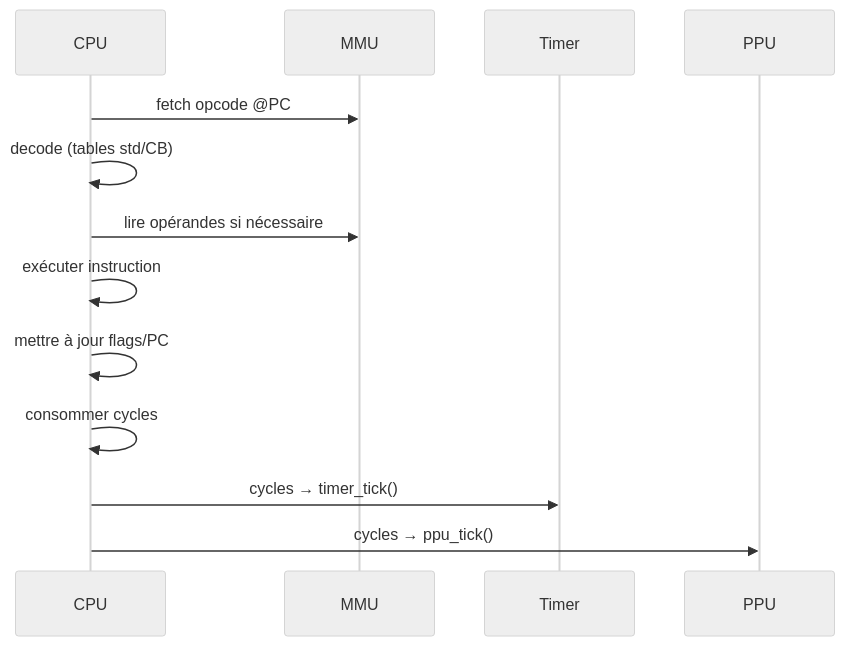
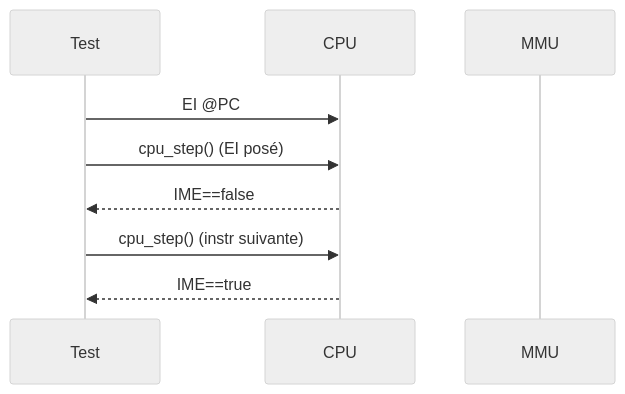
Before and after one commit to EmmanuelAsfar/CameBoy: the third of 3 diagrams in docs/specs/cpu.md, drawn with Mermaid (neutral theme). The commit also changed other lines of this file and 2 other files, not shown here.

Commit message:
PPU et CPU

````diff
--- a/docs/specs/cpu.md
+++ b/docs/specs/cpu.md
@@ -61,16 +91,11 @@
 ```mermaid
 sequenceDiagram
-    participant CPU
-    participant MMU
-    participant Timer
-    participant PPU
-    
-    CPU->>MMU: fetch opcode @PC
-    CPU->>CPU: decode (tables std/CB)
-    CPU->>MMU: lire opérandes si nécessaire
-    CPU->>CPU: exécuter instruction
-    CPU->>CPU: mettre à jour flags/PC
-    CPU->>CPU: consommer cycles
-    CPU->>Timer: cycles → timer_tick()
-    CPU->>PPU: cycles → ppu_tick()
+  participant T as Test
+  participant CPU
+  participant MMU
+  T->>CPU: EI @PC
+  T->>CPU: cpu_step() (EI posé)
+  CPU-->>T: IME==false
+  T->>CPU: cpu_step() (instr suivante)
+  CPU-->>T: IME==true
 ```
````
